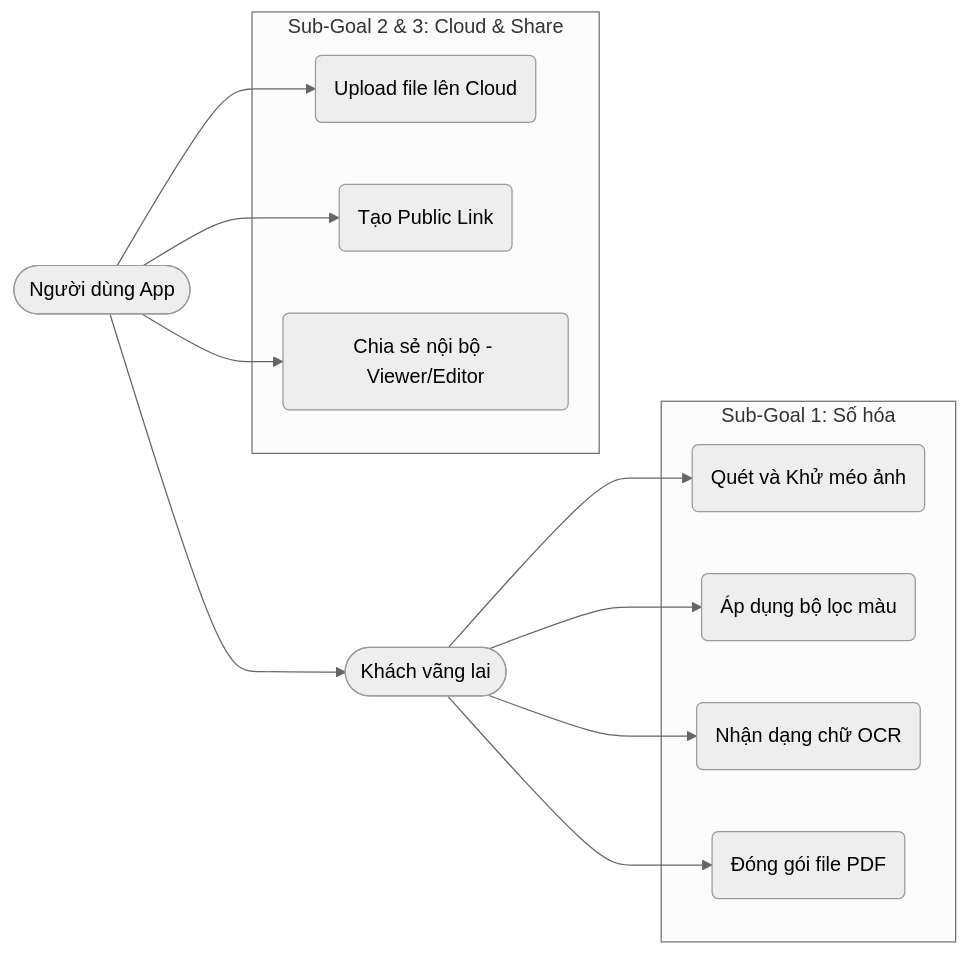
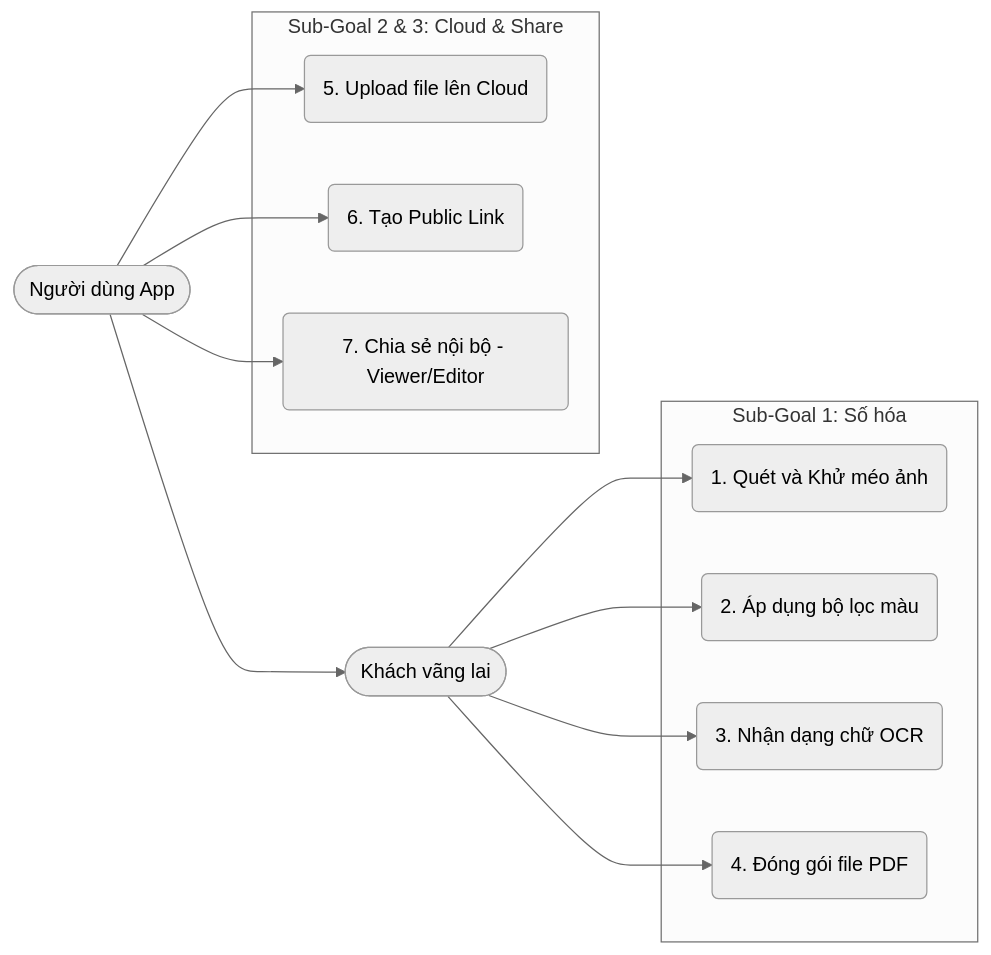
One commit to vthiet/ScanLink changed the second of 2 diagrams in docs/Software_Requirments_Spectification.md. Above: the diagram before and after it, drawn with Mermaid (neutral theme).

Commit message:
Add numbering to use case descriptions in documentation

````diff
--- a/docs/Software_Requirments_Spectification.md
+++ b/docs/Software_Requirments_Spectification.md
@@ -94,22 +94,22 @@
 ``` mermaid
 flowchart LR
     User([Người dùng App])
     Guest([Khách vãng lai])
 
     subgraph Sub-Goal 1: Số hóa
-        UC1(Quét và Khử méo ảnh)
-        UC2(Áp dụng bộ lọc màu)
-        UC3(Nhận dạng chữ OCR)
-        UC4(Đóng gói file PDF)
+        UC1(1. Quét và Khử méo ảnh)
+        UC2(2. Áp dụng bộ lọc màu)
+        UC3(3. Nhận dạng chữ OCR)
+        UC4(4. Đóng gói file PDF)
     end
 
     subgraph Sub-Goal 2 & 3: Cloud & Share 
-        UC5(Upload file lên Cloud)
-        UC6(Tạo Public Link)
-        UC7(Chia sẻ nội bộ - Viewer/Editor)
+        UC5(5. Upload file lên Cloud)
+        UC6(6. Tạo Public Link)
+        UC7(7. Chia sẻ nội bộ - Viewer/Editor)
     end
 
     Guest --> UC1 & UC2 & UC3 & UC4
     User --> Guest
     User --> UC5 & UC6 & UC7
 ```
````
